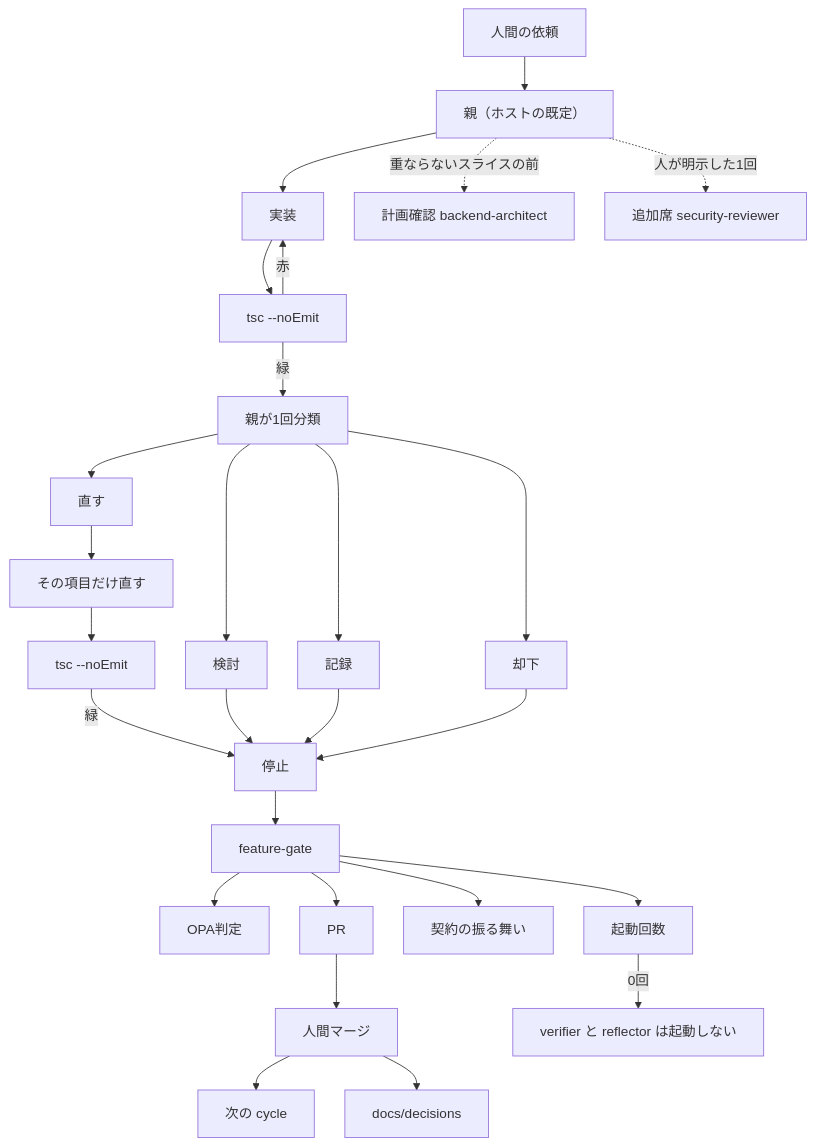
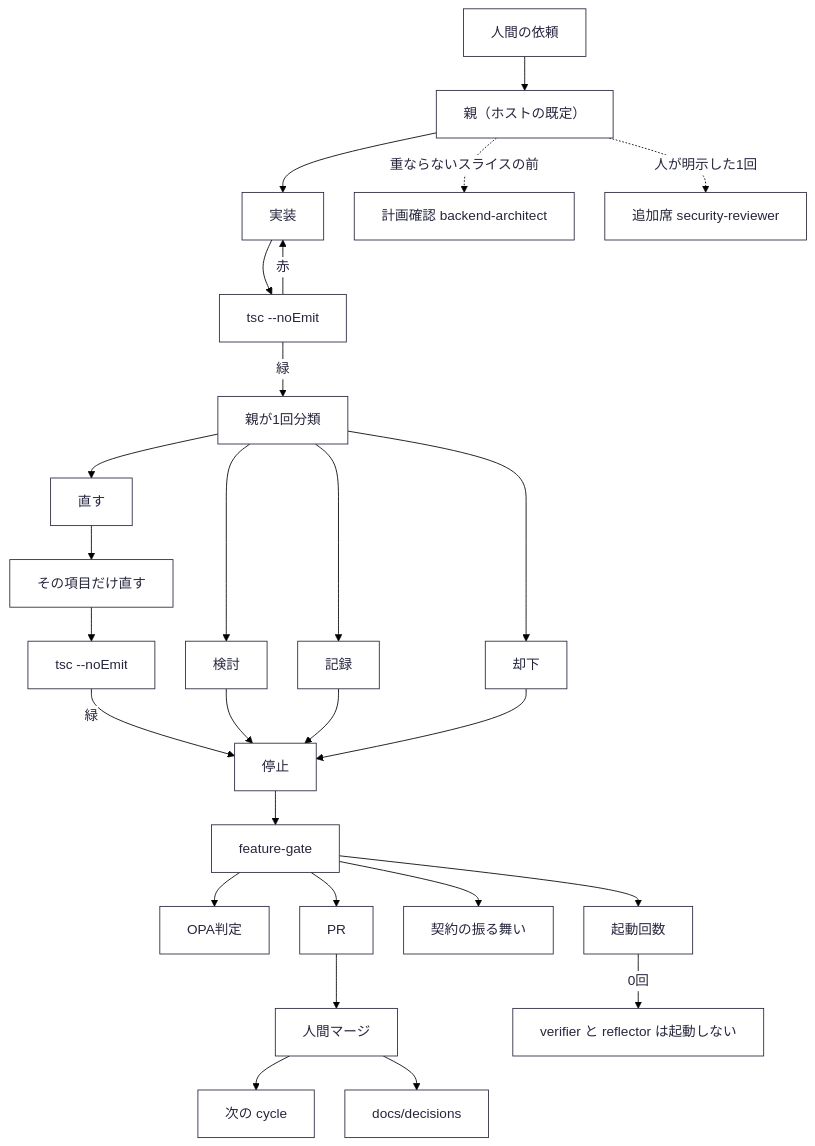
Before and after one commit to marumo333/SuiteLLM: the diagram in docs/architecture/review-overview.mmd, drawn with Mermaid. The commit also changed 10 other files, not shown here.

First line of the commit message:
docs: アーキテクチャ図を自己改善図のデザインに揃える

```diff
--- a/docs/architecture/review-overview.mmd
+++ b/docs/architecture/review-overview.mmd
@@ -1,28 +1,28 @@
-%%{init: {"flowchart": {"useMaxWidth": false, "htmlLabels": true, "wrappingWidth": 320, "padding": 16, "nodeSpacing": 36, "rankSpacing": 40, "diagramPadding": 28}}}%%
+%%{init: {"theme":"base","themeVariables":{"background":"#ffffff","primaryColor":"#ffffff","primaryTextColor":"#26263d","primaryBorderColor":"#26263d","lineColor":"#000000","textColor":"#26263d","mainBkg":"#ffffff","nodeBorder":"#26263d","clusterBkg":"#ffffff","clusterBorder":"#26263d","titleColor":"#26263d","edgeLabelBackground":"#ffffff","fontFamily":"WenQuanYi Micro Hei, sans-serif","fontSize":"16px"},"themeCSS":".node rect,.node polygon,.node circle,.node ellipse{filter:drop-shadow(4px 4px 0 #f0f0f0);stroke:#26263d;stroke-width:2px;fill:#ffffff}.cluster rect{fill:#ffffff;stroke:#26263d;stroke-width:1.5px}.flowchart-link{stroke:#000000;stroke-width:2px}.edge-thickness-thick{stroke-width:3.5px}.edge-pattern-dashed,.edge-pattern-dotted{stroke-dasharray:12 8}","flowchart":{"useMaxWidth":false,"htmlLabels":true,"wrappingWidth":320,"padding":16,"nodeSpacing":36,"rankSpacing":40,"diagramPadding":28,"curve":"basis"}}}%%
 flowchart TB
   H["人間の依頼"] --> G["親（ホストの既定）"]
   G --> IMP["実装"]
   IMP --> NE["tsc --noEmit"]
   NE -->|赤| IMP
   NE -->|緑| CLS["親が1回分類"]
   CLS --> FIX["直す"]
   CLS --> HOLD["検討"]
   CLS --> NOTE["記録"]
   CLS --> DROP["却下"]
   FIX --> EDIT["その項目だけ直す"]
   EDIT --> NE2["tsc --noEmit"]
   NE2 -->|緑| STOP["停止"]
   HOLD --> STOP
   NOTE --> STOP
   DROP --> STOP
   STOP --> FG["feature-gate"]
   FG --> OPA["OPA判定"]
   FG --> CAP["起動回数"]
   FG --> BEH["契約の振る舞い"]
   FG --> PR["PR"]
   PR --> HM["人間マージ"]
   HM --> CY["次の cycle"]
   HM --> DC["docs/decisions"]
   G -.->|重ならないスライスの前| BA["計画確認 backend-architect"]
   G -.->|人が明示した1回| SR["追加席 security-reviewer"]
   CAP -->|0回| OFF["verifier と reflector は起動しない"]
```
